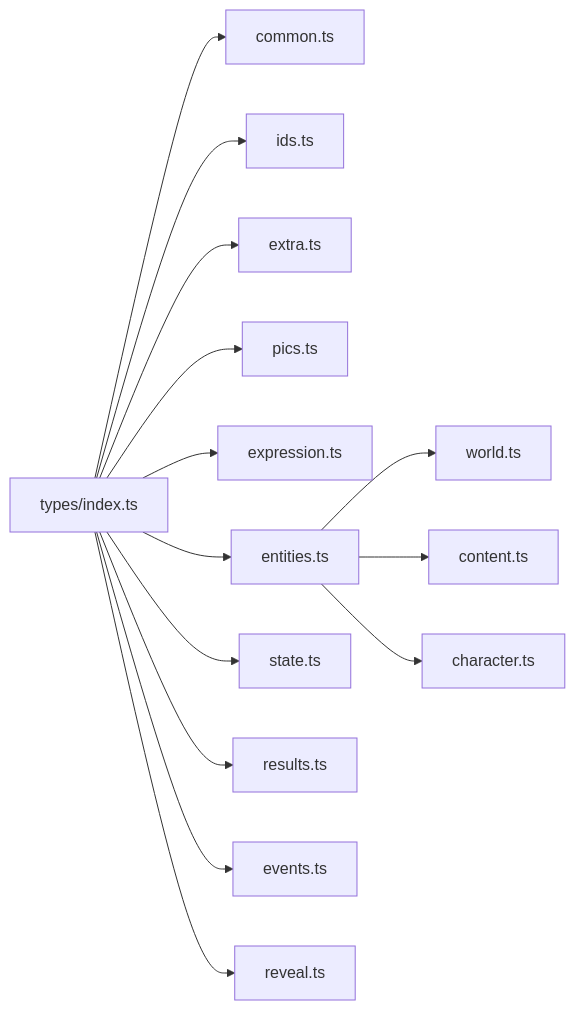
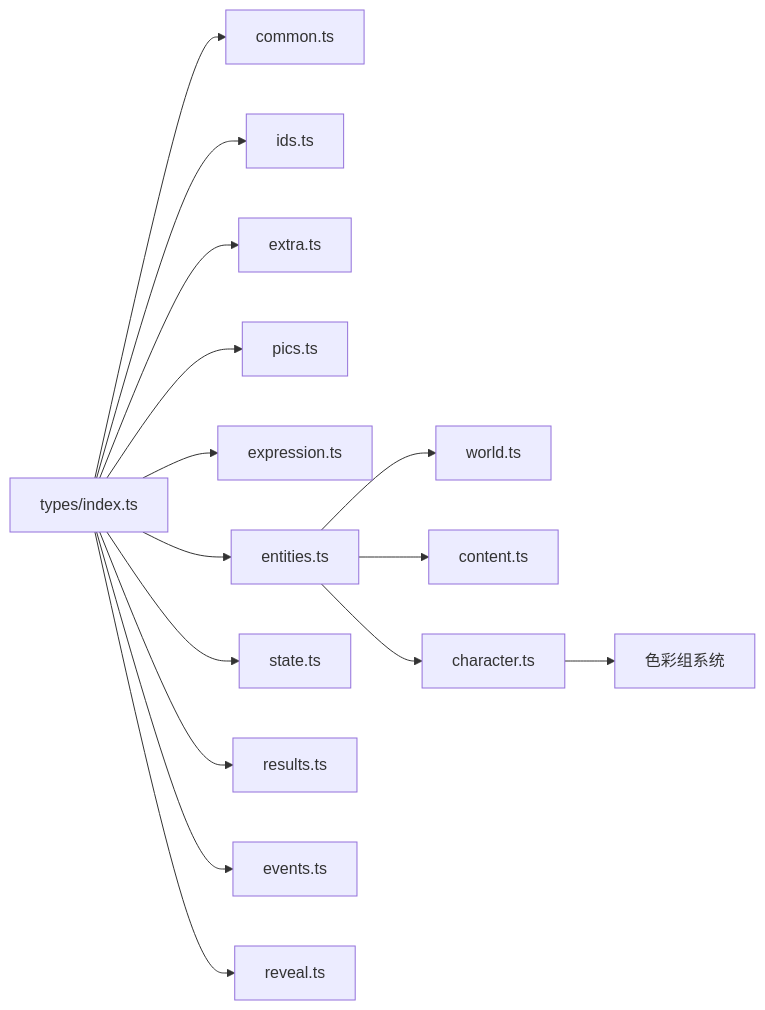
One commit to EsiLA9/Arona-Clicker changed the eighth of 8 diagrams in .qoder/repowiki/zh/content/数据系统/类型系统.md. Above: the diagram before and after it, drawn with Mermaid. The commit also changed other lines of this file and 76 other files, not shown here.

````diff
--- a/.qoder/repowiki/zh/content/数据系统/类型系统.md
+++ b/.qoder/repowiki/zh/content/数据系统/类型系统.md
@@ -416,16 +557,17 @@
 ```mermaid
 graph LR
 Index["types/index.ts"] --> Common["common.ts"]
 Index --> IDs["ids.ts"]
 Index --> Extra["extra.ts"]
 Index --> Pics["pics.ts"]
 Index --> Expr["expression.ts"]
 Index --> Entities["entities.ts"]
 Entities --> World["world.ts"]
 Entities --> Content["content.ts"]
 Entities --> Character["character.ts"]
 Index --> State["state.ts"]
 Index --> Results["results.ts"]
 Index --> Events["events.ts"]
 Index --> Reveal["reveal.ts"]
+Character --> ColorSystem["色彩组系统"]
 ```
````
